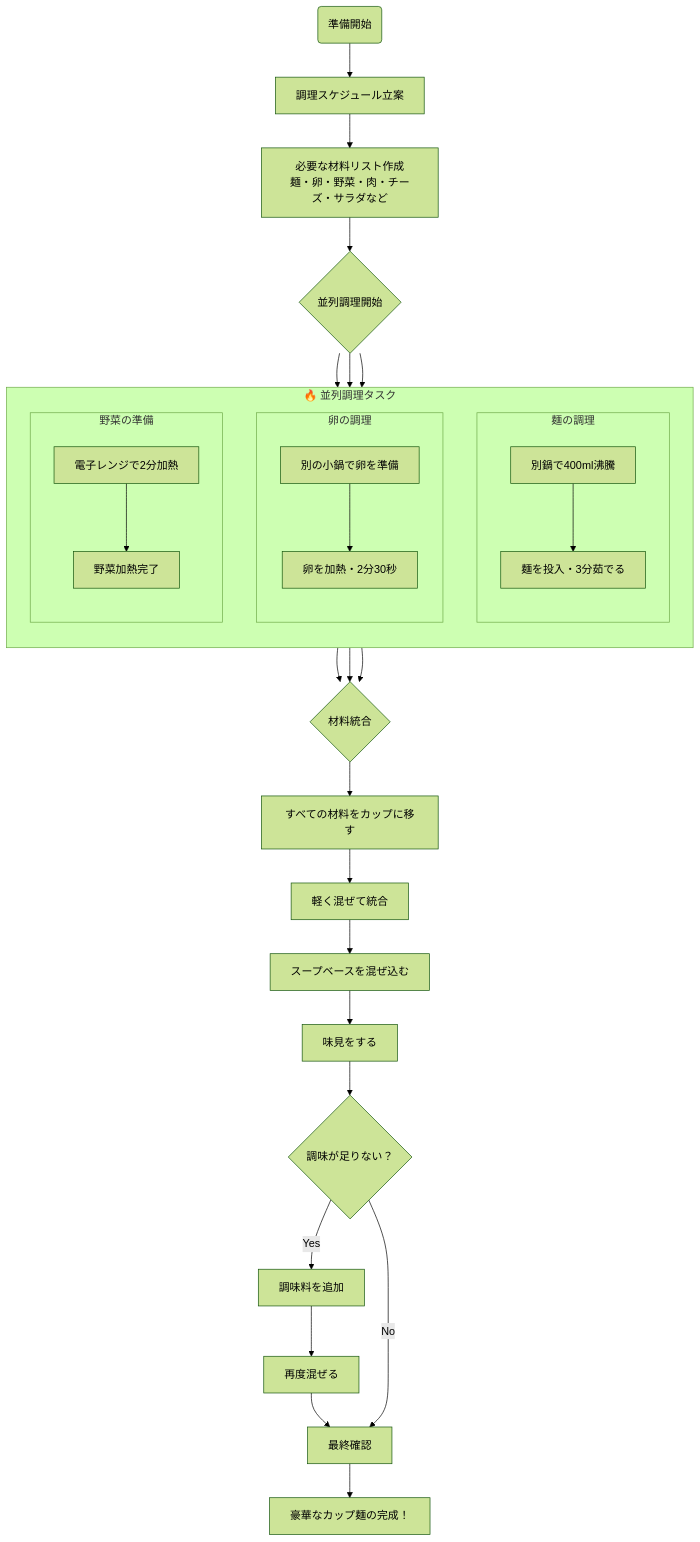
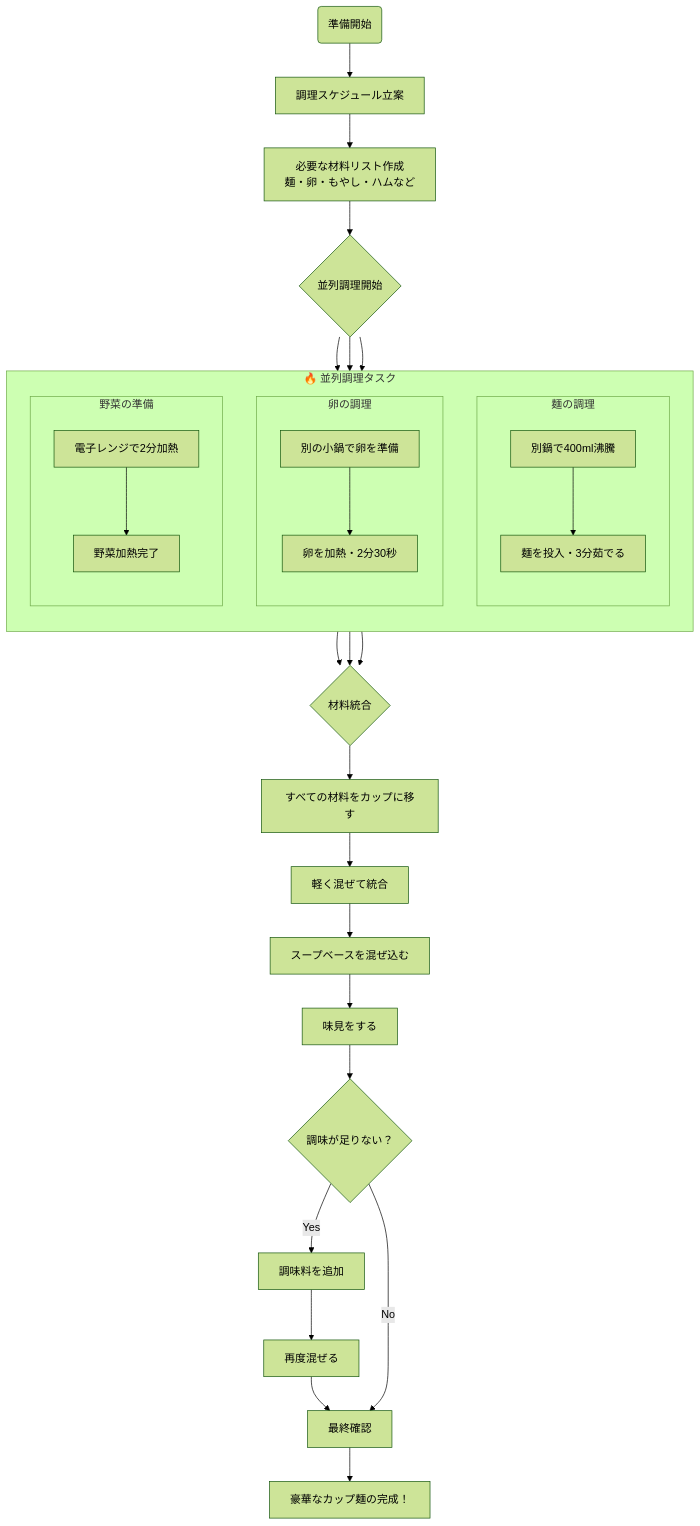
The fifth of 5 diagrams in test.md (norm-ideal/mermaidtest), drawn with Mermaid (forest theme) before and after one commit.

Commit message:
small amount

````diff
--- a/test.md
+++ b/test.md
@@ -77,49 +77,49 @@
 ```mermaid
 flowchart TB
 start(準備開始) --> planSchedule[調理スケジュール立案]
-planSchedule --> listMaterials[必要な材料リスト作成<br/>麺・卵・野菜・肉・チーズ・サラダなど]
+planSchedule --> listMaterials[必要な材料リスト作成<br/>麺・卵・もやし・ハムなど]
 listMaterials --> syncStart{並列調理開始}
 
 subgraph parallel ["🔥 並列調理タスク"]
     direction TB
     subgraph noodle ["麺の調理"]
         direction TB
         boilNoodles[別鍋で400ml沸騰]
         cookNoodles[麺を投入・3分茹でる]
         boilNoodles --> cookNoodles
     end
     
     subgraph egg ["卵の調理"]
         direction TB
         prepEgg[別の小鍋で卵を準備]
         cookEgg[卵を加熱・2分30秒]
         prepEgg --> cookEgg
     end
     
     subgraph veg ["野菜の準備"]
         direction TB
         heatVeg[電子レンジで2分加熱]
         finishVeg[野菜加熱完了]
         heatVeg --> finishVeg
     end
 end
 
 syncStart --> boilNoodles
 syncStart --> prepEgg
 syncStart --> heatVeg
 
 cookNoodles --> gather{材料統合}
 cookEgg --> gather
 finishVeg --> gather
 
 gather --> transferCup[すべての材料をカップに移す]
 transferCup --> combine[軽く混ぜて統合]
 combine --> mixSoup[スープベースを混ぜ込む]
 mixSoup --> taste[味見をする]
 taste --> checkTaste{調味が足りない？}
 checkTaste -->|Yes| addSeason[調味料を追加]
 addSeason --> remixAll[再度混ぜる]
 remixAll --> finalCheck[最終確認]
 checkTaste -->|No| finalCheck
 finalCheck --> finish[豪華なカップ麺の完成！]
 ```
````
